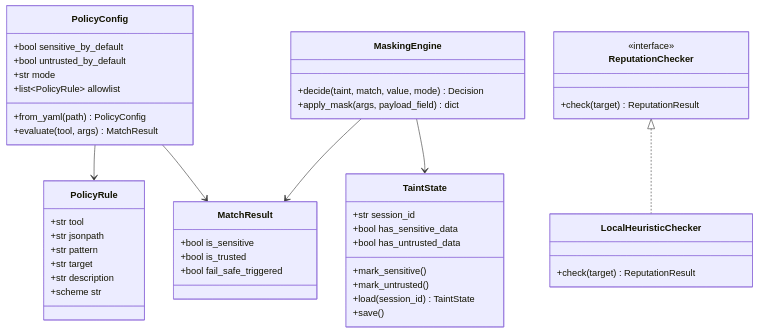
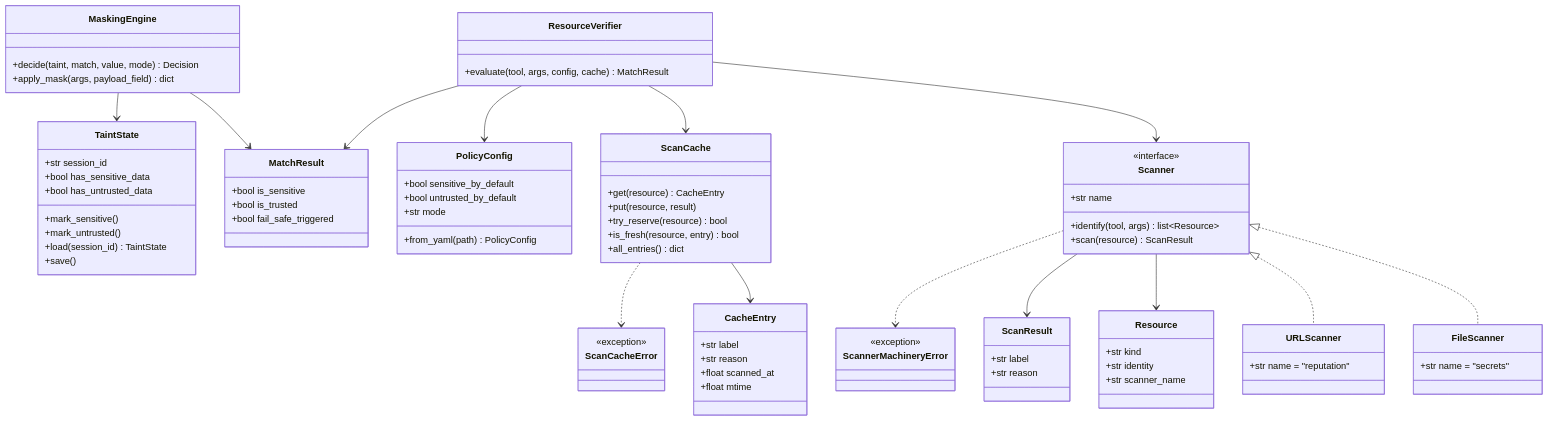
One commit to drusifer/Scalene changed the second of 4 diagrams in docs/ARCHITECTURE.md. Above: the diagram before and after it, drawn with Mermaid. The commit also changed other lines of this file and 11 other files, not shown here.

First line of the commit message:
Sprint 4 Phase 5: scg monitor resource cache panel (STORY-1005)

````diff
--- a/docs/ARCHITECTURE.md
+++ b/docs/ARCHITECTURE.md
@@ -50,41 +50,75 @@
         +load(session_id) TaintState
         +save()
     }
-    class PolicyRule {
-        +str tool
-        +str jsonpath
-        +str pattern
-        +str target
-        +str description
-        +scheme str
-    }
     class PolicyConfig {
         +bool sensitive_by_default
         +bool untrusted_by_default
         +str mode
-        +list~PolicyRule~ allowlist
         +from_yaml(path) PolicyConfig
-        +evaluate(tool, args) MatchResult
     }
     class MatchResult {
         +bool is_sensitive
         +bool is_trusted
         +bool fail_safe_triggered
     }
+    class ResourceVerifier {
+        +evaluate(tool, args, config, cache) MatchResult
+    }
+    class Scanner {
+        <<interface>>
+        +str name
+        +identify(tool, args) list~Resource~
+        +scan(resource) ScanResult
+    }
+    class FileScanner {
+        +str name = "secrets"
+    }
+    class URLScanner {
+        +str name = "reputation"
+    }
+    class Resource {
+        +str kind
+        +str identity
+        +str scanner_name
+    }
+    class ScanResult {
+        +str label
+        +str reason
+    }
+    class ScannerMachineryError {
+        <<exception>>
+    }
+    class ScanCache {
+        +get(resource) CacheEntry
+        +put(resource, result)
+        +try_reserve(resource) bool
+        +is_fresh(resource, entry) bool
+        +all_entries() dict
+    }
+    class CacheEntry {
+        +str label
+        +str reason
+        +float scanned_at
+        +float mtime
+    }
+    class ScanCacheError {
+        <<exception>>
+    }
     class MaskingEngine {
         +decide(taint, match, value, mode) Decision
         +apply_mask(args, payload_field) dict
     }
-    class ReputationChecker {
-        <<interface>>
-        +check(target) ReputationResult
-    }
-    class LocalHeuristicChecker {
-        +check(target) ReputationResult
-    }
-    ReputationChecker <|.. LocalHeuristicChecker
-    PolicyConfig --> PolicyRule
-    PolicyConfig --> MatchResult
+    Scanner <|.. FileScanner
+    Scanner <|.. URLScanner
+    Scanner --> Resource
+    Scanner --> ScanResult
+    Scanner ..> ScannerMachineryError
+    ResourceVerifier --> Scanner
+    ResourceVerifier --> ScanCache
+    ResourceVerifier --> PolicyConfig
+    ResourceVerifier --> MatchResult
+    ScanCache --> CacheEntry
+    ScanCache ..> ScanCacheError
     MaskingEngine --> MatchResult
     MaskingEngine --> TaintState
 ```
````
